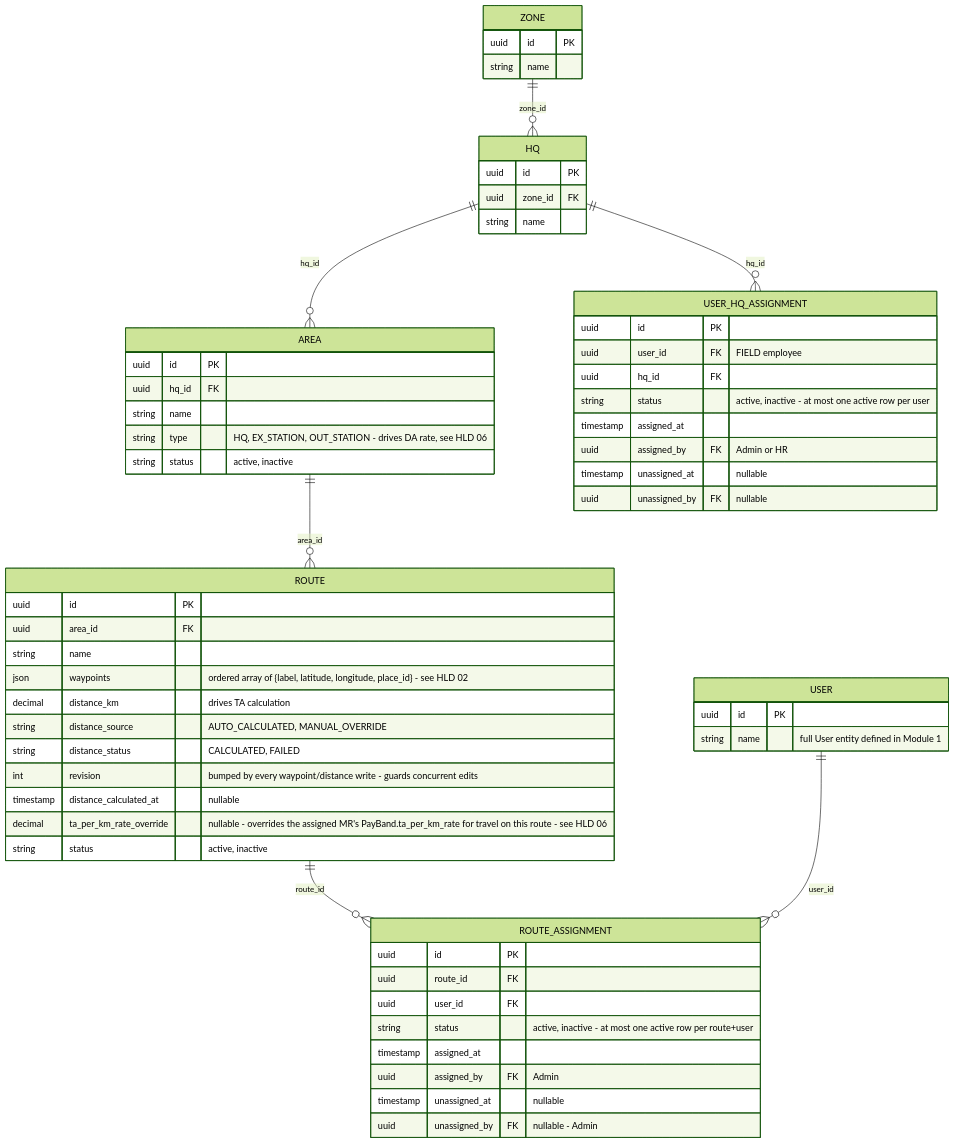
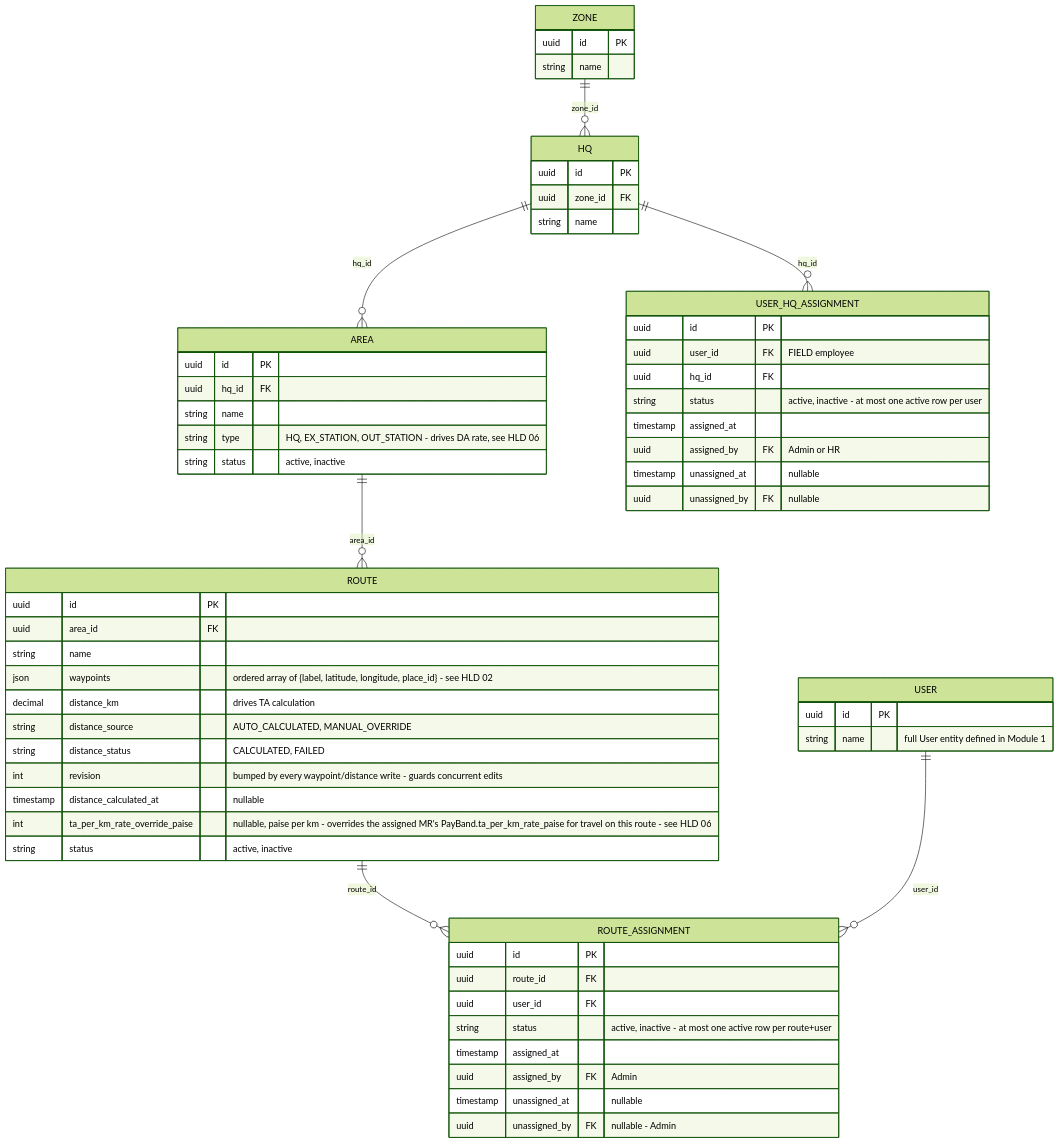
Before and after one commit to reboot-ai-private-limited/greynote: the diagram in docs/erd/02-territory-master.md, drawn with Mermaid (forest theme). The commit also changed other lines of this file and 35 other files, not shown here.

First line of the commit message:
feat: money is whole paise — Pay Band and Route rate override migrated (Phase 5 step 3)

````diff
--- a/docs/erd/02-territory-master.md
+++ b/docs/erd/02-territory-master.md
@@ -8,63 +8,63 @@
 ```mermaid
 erDiagram
     USER {
         uuid id PK
         string name "full User entity defined in Module 1"
     }
     ZONE {
         uuid id PK
         string name
     }
     HQ {
         uuid id PK
         uuid zone_id FK
         string name
     }
     AREA {
         uuid id PK
         uuid hq_id FK
         string name
         string type "HQ, EX_STATION, OUT_STATION - drives DA rate, see HLD 06"
         string status "active, inactive"
     }
     ROUTE {
         uuid id PK
         uuid area_id FK
         string name
         json waypoints "ordered array of {label, latitude, longitude, place_id} - see HLD 02"
         decimal distance_km "drives TA calculation"
         string distance_source "AUTO_CALCULATED, MANUAL_OVERRIDE"
         string distance_status "CALCULATED, FAILED"
         int revision "bumped by every waypoint/distance write - guards concurrent edits"
         timestamp distance_calculated_at "nullable"
-        decimal ta_per_km_rate_override "nullable - overrides the assigned MR's PayBand.ta_per_km_rate for travel on this route - see HLD 06"
+        int ta_per_km_rate_override_paise "nullable, paise per km - overrides the assigned MR's PayBand.ta_per_km_rate_paise for travel on this route - see HLD 06"
         string status "active, inactive"
     }
     ROUTE_ASSIGNMENT {
         uuid id PK
         uuid route_id FK
         uuid user_id FK
         string status "active, inactive - at most one active row per route+user"
         timestamp assigned_at
         uuid assigned_by FK "Admin"
         timestamp unassigned_at "nullable"
         uuid unassigned_by FK "nullable - Admin"
     }
     USER_HQ_ASSIGNMENT {
         uuid id PK
         uuid user_id FK "FIELD employee"
         uuid hq_id FK
         string status "active, inactive - at most one active row per user"
         timestamp assigned_at
         uuid assigned_by FK "Admin or HR"
         timestamp unassigned_at "nullable"
         uuid unassigned_by FK "nullable"
     }
 
     ZONE ||--o{ HQ : "zone_id"
     HQ ||--o{ AREA : "hq_id"
     HQ ||--o{ USER_HQ_ASSIGNMENT : "hq_id"
     AREA ||--o{ ROUTE : "area_id"
     ROUTE ||--o{ ROUTE_ASSIGNMENT : "route_id"
     USER ||--o{ ROUTE_ASSIGNMENT : "user_id"
 ```
````
